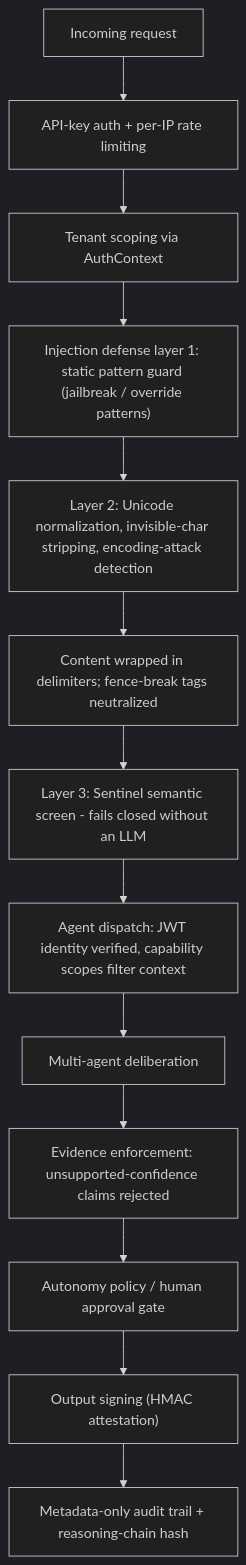
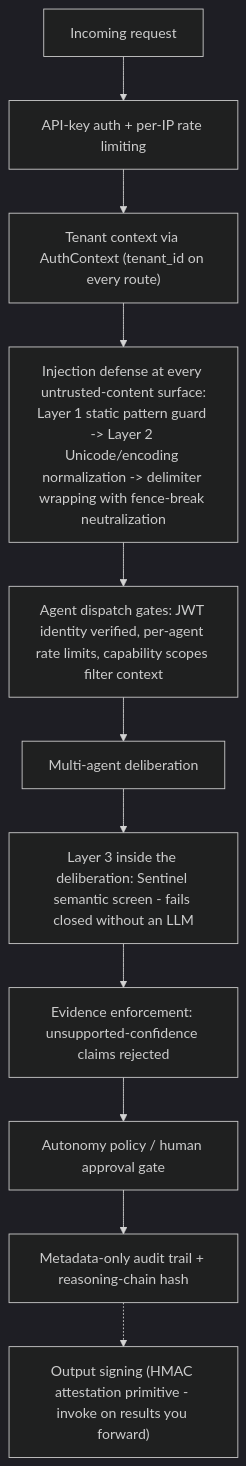
The first of 3 diagrams in docs/SECURITY_MODEL.md (KangaKode/aiscaffold), drawn with Mermaid (dark theme) before and after one commit. The commit also changed other lines of this file and 9 other files, not shown here.

````diff
--- a/docs/SECURITY_MODEL.md
+++ b/docs/SECURITY_MODEL.md
@@ -13,15 +13,13 @@
 ```mermaid
 flowchart TD
     Req[Incoming request] --> Auth["API-key auth + per-IP rate limiting"]
-    Auth --> Tenant["Tenant scoping via AuthContext"]
-    Tenant --> L1["Injection defense layer 1: static pattern guard (jailbreak / override patterns)"]
-    L1 --> L2["Layer 2: Unicode normalization, invisible-char stripping, encoding-attack detection"]
-    L2 --> Wrap["Content wrapped in delimiters; fence-break tags neutralized"]
-    Wrap --> L3["Layer 3: Sentinel semantic screen - fails closed without an LLM"]
-    L3 --> Dispatch["Agent dispatch: JWT identity verified, capability scopes filter context"]
+    Auth --> Tenant["Tenant context via AuthContext (tenant_id on every route)"]
+    Tenant --> Inj["Injection defense at every untrusted-content surface:\nLayer 1 static pattern guard -> Layer 2 Unicode/encoding normalization -> delimiter wrapping with fence-break neutralization"]
+    Inj --> Dispatch["Agent dispatch gates: JWT identity verified, per-agent rate limits, capability scopes filter context"]
     Dispatch --> Delib["Multi-agent deliberation"]
-    Delib --> Enforce["Evidence enforcement: unsupported-confidence claims rejected"]
+    Delib --> L3["Layer 3 inside the deliberation: Sentinel semantic screen - fails closed without an LLM"]
+    L3 --> Enforce["Evidence enforcement: unsupported-confidence claims rejected"]
     Enforce --> Gate["Autonomy policy / human approval gate"]
-    Gate --> Sign["Output signing (HMAC attestation)"]
-    Sign --> Audit["Metadata-only audit trail + reasoning-chain hash"]
+    Gate --> Audit["Metadata-only audit trail + reasoning-chain hash"]
+    Audit -.-> Sign["Output signing (HMAC attestation primitive - invoke on results you forward)"]
 ```
````
